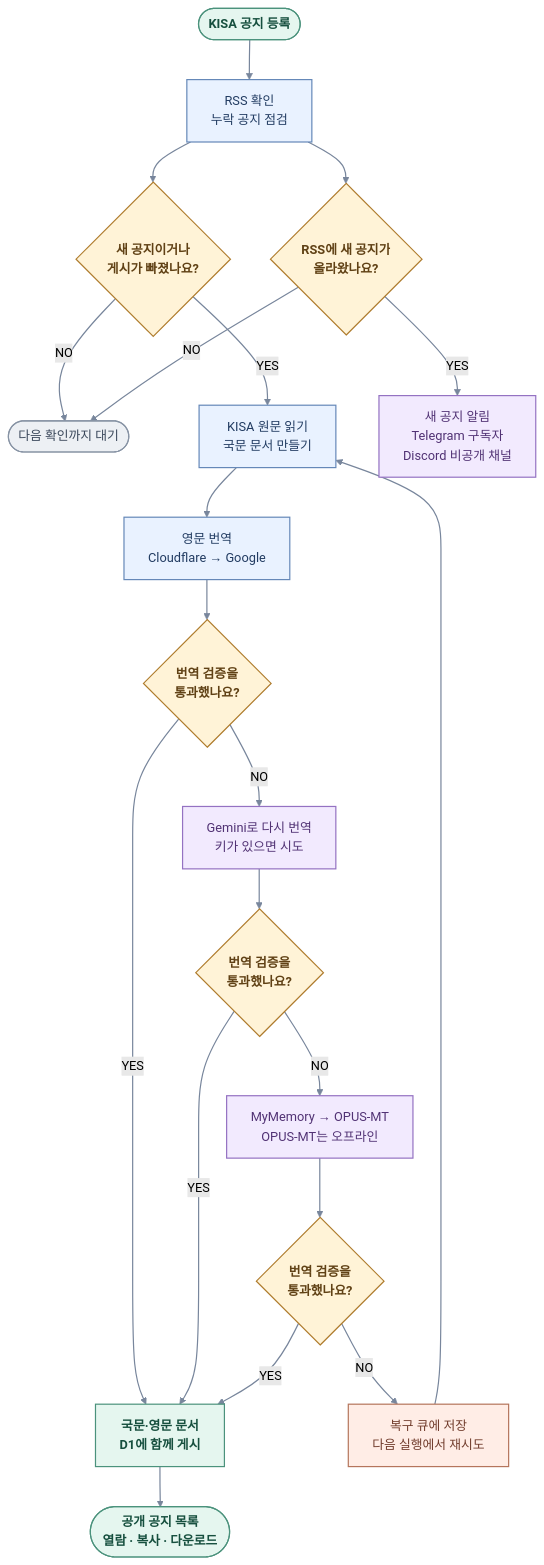
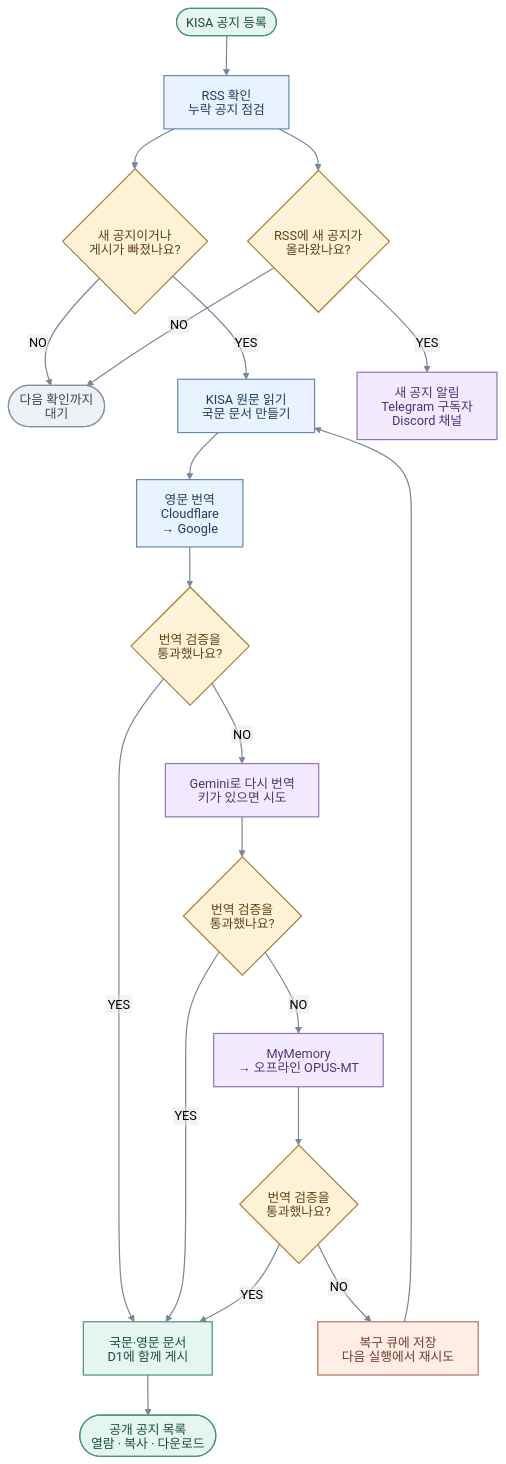
One commit to doraemyon/KISA-Public-Bohonara-Support changed the diagram in README.md. Above: the diagram before and after it, drawn with Mermaid (forest theme). The commit also changed other lines of this file, not shown here.

Commit message:
Keep Mermaid labels on their intended lines

````diff
--- a/README.md
+++ b/README.md
@@ -32,36 +32,40 @@
 ```mermaid
+---
+config:
+  htmlLabels: false
+---
 flowchart TD
     A(["KISA 공지 등록"]) --> B["RSS 확인<br/>누락 공지 점검"]
     B --> C{"새 공지이거나<br/>게시가 빠졌나요?"}
-    C -->|NO| D(["다음 확인까지 대기"])
+    C -->|NO| D(["다음 확인까지<br/>대기"])
     C -->|YES| E["KISA 원문 읽기<br/>국문 문서 만들기"]
-    E --> F["영문 번역<br/>Cloudflare → Google"]
+    E --> F["영문 번역<br/>Cloudflare<br/>→ Google"]
     F --> G{"번역 검증을<br/>통과했나요?"}
     G -->|YES| L["국문·영문 문서<br/>D1에 함께 게시"]
     G -->|NO| H["Gemini로 다시 번역<br/>키가 있으면 시도"]
     H --> I{"번역 검증을<br/>통과했나요?"}
     I -->|YES| L
-    I -->|NO| J["MyMemory → OPUS-MT<br/>OPUS-MT는 오프라인"]
+    I -->|NO| J["MyMemory<br/>→ 오프라인 OPUS-MT"]
     J --> K{"번역 검증을<br/>통과했나요?"}
     K -->|YES| L
     K -->|NO| M["복구 큐에 저장<br/>다음 실행에서 재시도"]
     M --> E
     L --> N(["공개 공지 목록<br/>열람 · 복사 · 다운로드"])
     B --> O{"RSS에 새 공지가<br/>올라왔나요?"}
-    O -->|YES| P["새 공지 알림<br/>Telegram 구독자<br/>Discord 비공개 채널"]
+    O -->|YES| P["새 공지 알림<br/>Telegram 구독자<br/>Discord 채널"]
     O -->|NO| D
 
     classDef entry fill:#E5F6EF,stroke:#4B927C,color:#164F3E,stroke-width:1.5px,font-weight:600;
     classDef step fill:#E9F2FF,stroke:#6588B8,color:#223C62,stroke-width:1.5px;
     classDef choice fill:#FFF3D7,stroke:#AF7C2D,color:#604115,stroke-width:1.5px,font-weight:600;
     classDef alternate fill:#F2EAFE,stroke:#9472C2,color:#513274,stroke-width:1.5px;
     classDef retry fill:#FFEDE6,stroke:#B5755C,color:#713C2C,stroke-width:1.5px;
     classDef idle fill:#EDF0F4,stroke:#8793A4,color:#3A475A,stroke-width:1.5px;
     class A,L,N entry;
     class B,E,F step;
     class C,G,I,K,O choice;
     class H,J,P alternate;
     class M retry;
     class D idle;
     linkStyle default stroke:#78869C,stroke-width:1.5px;
 ```
````
